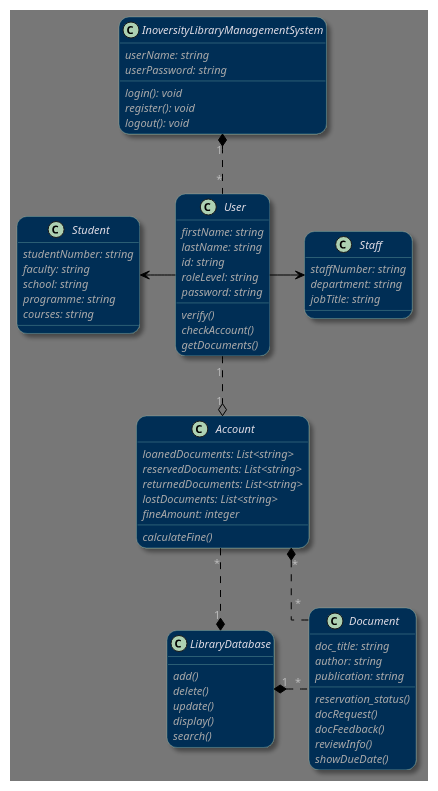
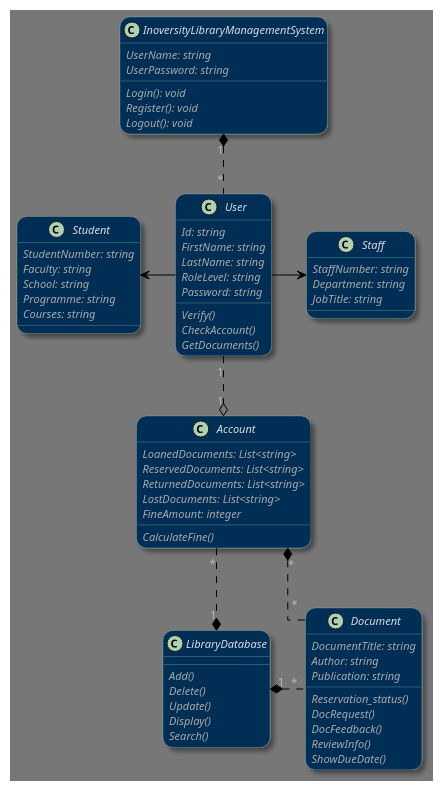
One commit to MduduziMlilo/Inoversity.Library.Distribution changed the diagram in assets/inoversityLibrary.puml. Above: the diagram before and after it, drawn with PlantUML.

Commit message:
refactor: Update casing.

```diff
--- a/assets/inoversityLibrary.puml
+++ b/assets/inoversityLibrary.puml
@@ -1,100 +1,100 @@
 @startuml
 !theme reddress-darkblue
 skinparam linetype ortho
 skinparam classFontColor dimgrey
 skinparam sequenceMessageAlign direction
 skinparam groupInheritance 2
 skinparam Roundcorner 20
 skinparam shadowing true
 skinparam class {
 BackgroundColor #002D55FF
 ArrowColor black
 BorderColor #ADEFD1FF
 AttributeFontName Candara
 AttributeFontStyle Italic
 FontColor  #DFDCE5FF
 BorderThickness 0.25
 }
 
 ' some class definitions
 class InoversityLibraryManagementSystem {
-    userName: string
-    userPassword: string
-    login(): void
-    register(): void
-    logout(): void
+    UserName: string
+    UserPassword: string
+    Login(): void
+    Register(): void
+    Logout(): void
 }
 
 ' these classes will be grouped together
 together {
 class Staff {
-    staffNumber: string
-    department: string
-    jobTitle: string
+    StaffNumber: string
+    Department: string
+    JobTitle: string
 }
 
 class Student {
-    studentNumber: string
-    faculty: string
-    school: string
-    programme: string
-    courses: string
+    StudentNumber: string
+    Faculty: string
+    School: string
+    Programme: string
+    Courses: string
 }
 
 class User {
-    firstName: string
-    lastName: string
-    id: string
-    roleLevel: string
-    password: string
-    verify()
-    checkAccount()
-    getDocuments()
+    Id: string
+    FirstName: string
+    LastName: string
+    RoleLevel: string
+    Password: string
+    Verify()
+    CheckAccount()
+    GetDocuments()
 }
 }
 
 together {
 class Account {
-    loanedDocuments: List<string>
-    reservedDocuments: List<string>
-    returnedDocuments: List<string>
-    lostDocuments: List<string>
-    fineAmount: integer
-    calculateFine()
+    LoanedDocuments: List<string>
+    ReservedDocuments: List<string>
+    ReturnedDocuments: List<string>
+    LostDocuments: List<string>
+    FineAmount: integer
+    CalculateFine()
 }
 
 class LibraryDatabase {
-    add()
-    delete()
-    update()
-    display()
-    search()
+    Add()
+    Delete()
+    Update()
+    Display()
+    Search()
 }
 
 class Document {
-    doc_title: string
-    author: string
-    publication: string
-    reservation_status()
-    docRequest()
-    docFeedback()
-    reviewInfo()
-    showDueDate()
+    DocumentTitle: string
+    Author: string
+    Publication: string
+    Reservation_status()
+    DocRequest()
+    DocFeedback()
+    ReviewInfo()
+    ShowDueDate()
 }
 }
 
 ' entity relationships
 InoversityLibraryManagementSystem "1" *.. "*" User
 
 LibraryDatabase "1" *. "*" Document
 
 User "1" ..o "1" Account
 
 LibraryDatabase "1" *.left. "*" Account
 
 Document "*" .up.* "*" Account
 
 User -left-> Student
 
 User -right-> Staff
 @enduml
```
